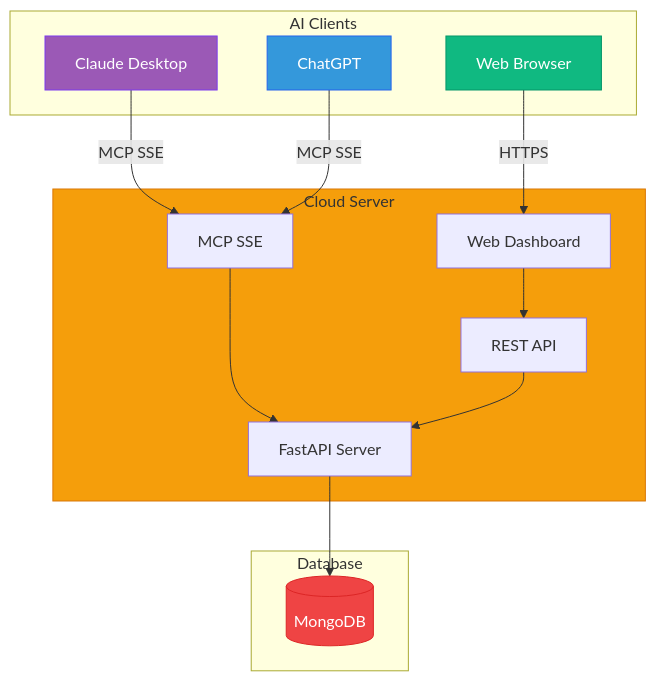
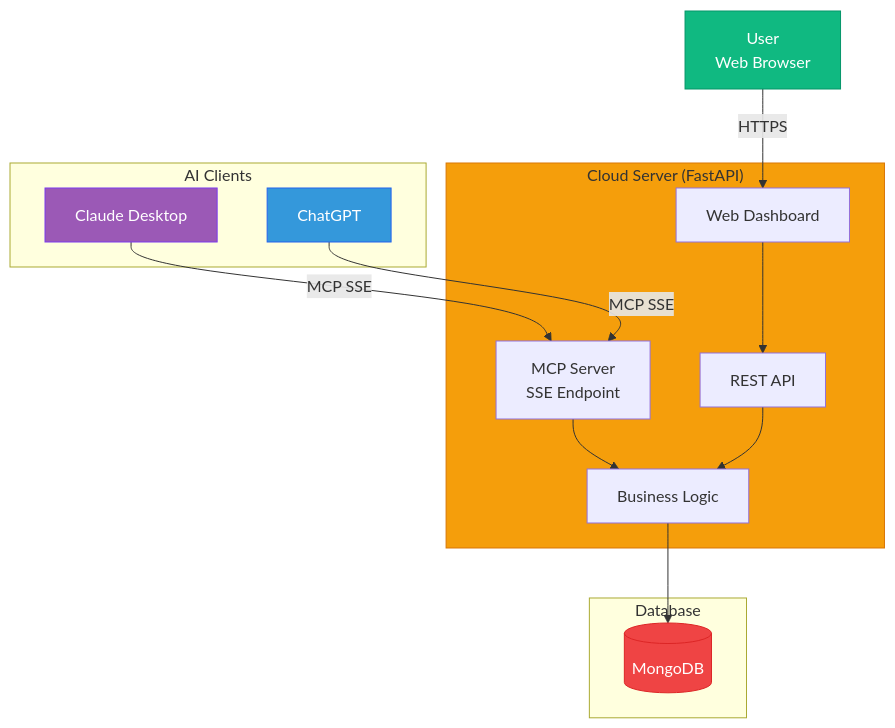
One commit to xpdlf1004/pensieve-mcp changed the first of 15 diagrams in ARCHITECTURE_SIMPLE.md. Above: the diagram before and after it, drawn with Mermaid. The commit also changed other lines of this file, not shown here.

Commit message:
Add architecture.

````diff
--- a/ARCHITECTURE_SIMPLE.md
+++ b/ARCHITECTURE_SIMPLE.md
@@ -5,35 +5,36 @@
 ```mermaid
 graph TB
-    subgraph Clients["AI Clients"]
+    subgraph AIClients["AI Clients"]
         Claude[Claude Desktop]
         ChatGPT[ChatGPT]
-        Browser[Web Browser]
     end
 
-    subgraph Server["Cloud Server"]
-        API[FastAPI Server]
-        SSE[MCP SSE]
+    User[User<br/>Web Browser]
+
+    subgraph Server["Cloud Server (FastAPI)"]
+        MCP[MCP Server<br/>SSE Endpoint]
         REST[REST API]
         Web[Web Dashboard]
+        Logic[Business Logic]
     end
 
     subgraph Database["Database"]
         MongoDB[(MongoDB)]
     end
 
-    Claude -->|MCP SSE| SSE
-    ChatGPT -->|MCP SSE| SSE
-    Browser -->|HTTPS| Web
+    Claude -->|MCP SSE| MCP
+    ChatGPT -->|MCP SSE| MCP
+    User -->|HTTPS| Web
 
-    SSE --> API
-    REST --> API
+    MCP --> Logic
+    REST --> Logic
     Web --> REST
 
-    API --> MongoDB
+    Logic --> MongoDB
 
     style Claude fill:#9b59b6,stroke:#7c3aed,color:#fff
     style ChatGPT fill:#3498db,stroke:#2563eb,color:#fff
-    style Browser fill:#10b981,stroke:#059669,color:#fff
+    style User fill:#10b981,stroke:#059669,color:#fff
     style Server fill:#f59e0b,stroke:#d97706
     style MongoDB fill:#ef4444,stroke:#dc2626,color:#fff
 ```
````
